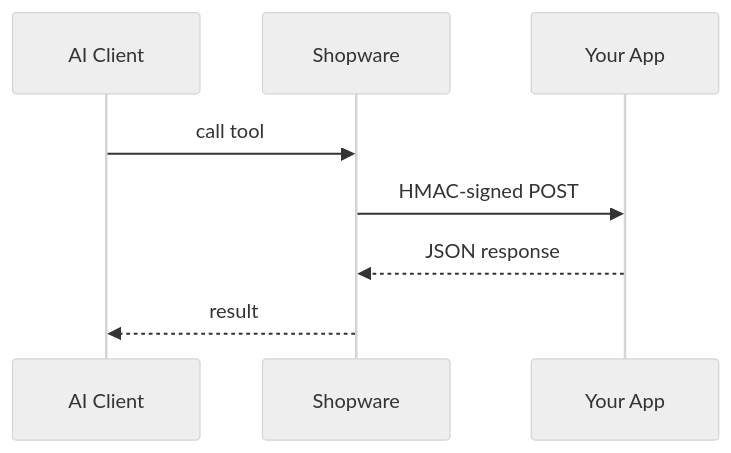
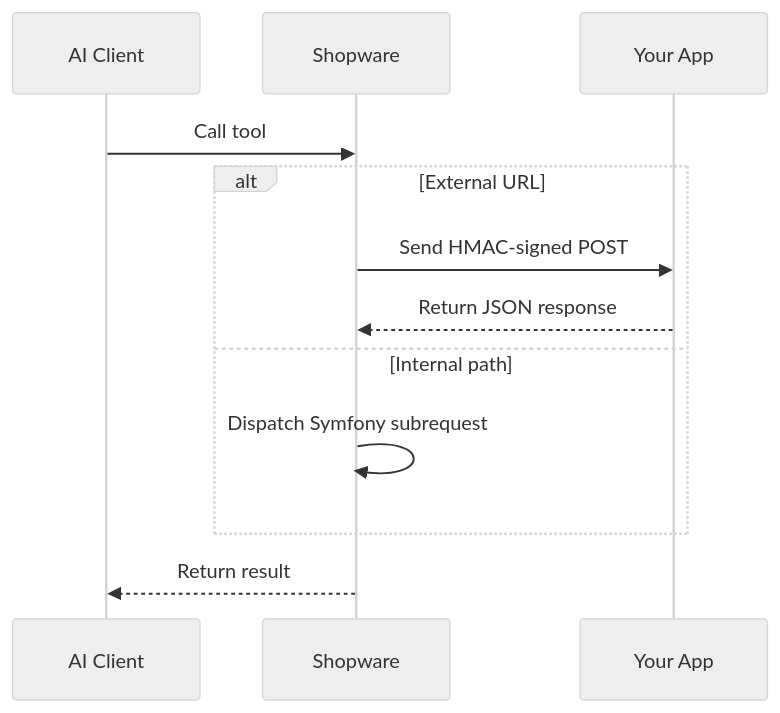
One commit to shopware/docs changed the diagram in guides/plugins/apps/mcp-server.md. Above: the diagram before and after it, drawn with Mermaid (neutral theme). The commit also changed other lines of this file, not shown here.

First line of the commit message:
docs: Correct app MCP signing, loading and output descriptions (#2668)

````diff
--- a/guides/plugins/apps/mcp-server.md
+++ b/guides/plugins/apps/mcp-server.md
@@ -23,10 +23,14 @@
 ```mermaid
 sequenceDiagram
- participant Client as AI Client
- participant SW as Shopware
- participant App as Your App
- Client->>SW: call tool
- SW->>App: HMAC-signed POST
- App-->>SW: JSON response
- SW-->>Client: result
+    participant client as AI Client
+    participant shopware as Shopware
+    participant app as Your App
+    client->>shopware: Call tool
+    alt External URL
+        shopware->>app: Send HMAC-signed POST
+        app-->>shopware: Return JSON response
+    else Internal path
+        shopware->>shopware: Dispatch Symfony subrequest
+    end
+    shopware-->>client: Return result
 ```
````
